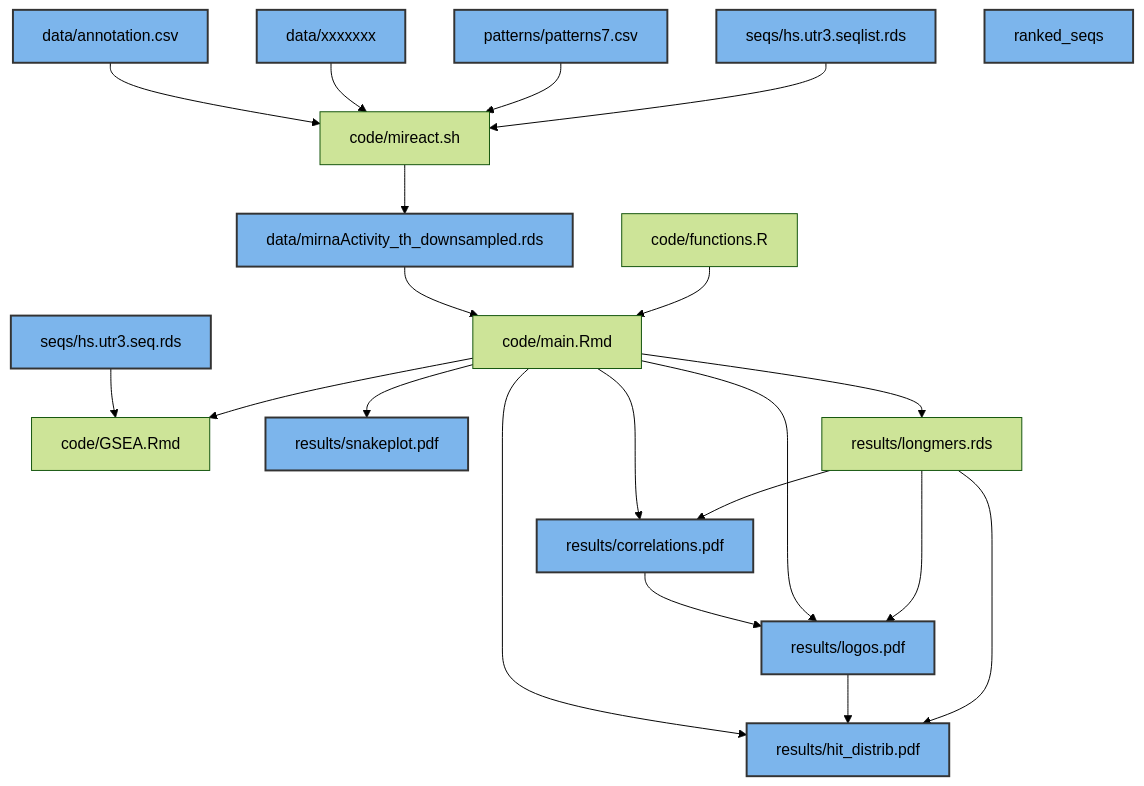
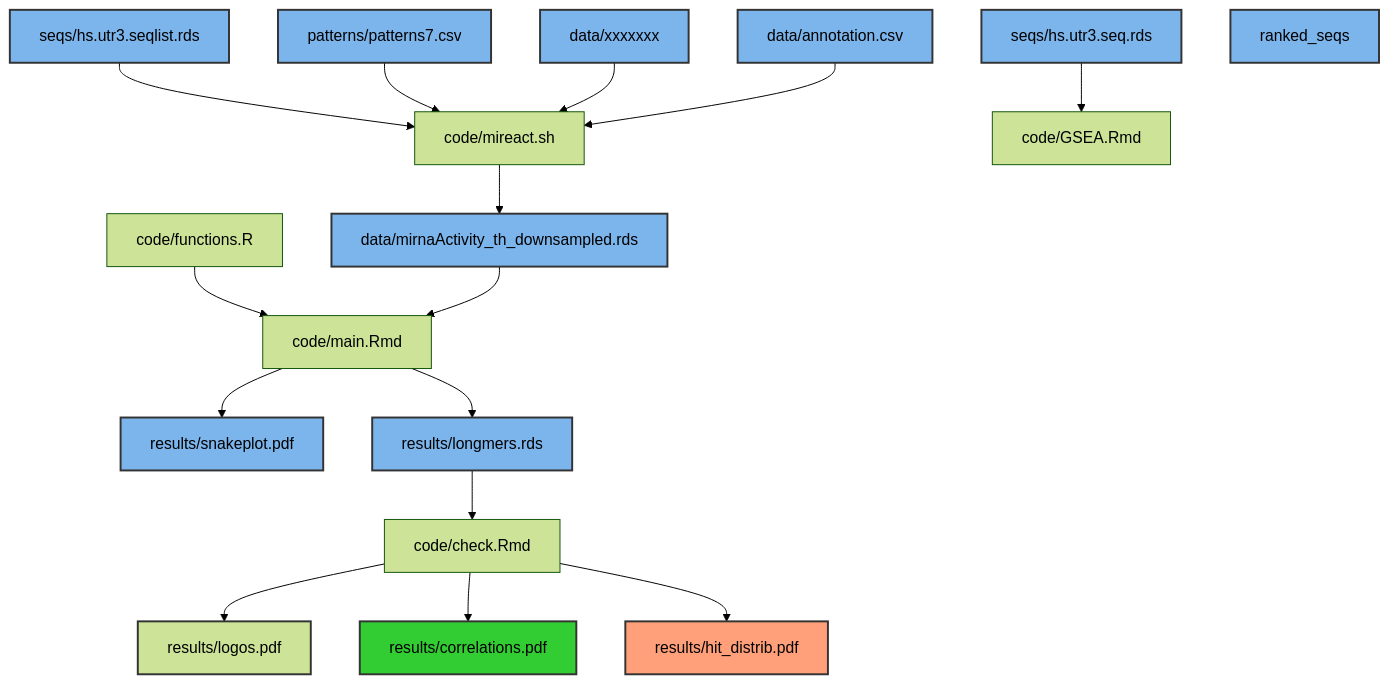
Before and after one commit to PaulaRodrigoMartin/SMLB: the diagram in README.md, drawn with Mermaid (forest theme).

````diff
--- a/README.md
+++ b/README.md
@@ -1,52 +1,49 @@
 ```mermaid
 graph TD;
     seqlist[seqs/hs.utr3.seqlist.rds]
     seqs[seqs/hs.utr3.seq.rds]
     mireact_input[data/xxxxxxx]
     miReact_output[data/mirnaActivity_th_downsampled.rds]
     7mers[patterns/patterns7.csv]
     annotation[data/annotation.csv]
     miReact[code/mireact.sh]
     functions[code/functions.R]
     main_notebook[code/main.Rmd]
+    check_notebook[code/check.Rmd]
     GSEA[code/GSEA.Rmd]
     logos[results/logos.pdf]
     corrm[results/correlations.pdf]
     distrib[results/hit_distrib.pdf]
     snakeplot[results/snakeplot.pdf]
     longmers[results/longmers.rds]
     
 
     style seqlist fill:#7cb5ec,stroke:#333,stroke-width:2px;
     style miReact_output fill:#7cb5ec,stroke:#333,stroke-width:2px;
     style 7mers fill:#7cb5ec,stroke:#333,stroke-width:2px;
     style mireact_input fill:#7cb5ec,stroke:#333,stroke-width:2px;
     style seqs fill:#7cb5ec,stroke:#333,stroke-width:2px;
     style annotation fill:#7cb5ec,stroke:#333,stroke-width:2px;
-    style logos fill:#7cb5ec,stroke:#333,stroke-width:2px;
-    style corrm fill:#7cb5ec,stroke:#333,stroke-width:2px;
-    style distrib fill:#7cb5ec,stroke:#333,stroke-width:2px;
+    style logos fill:##FFD700,stroke:#333,stroke-width:2px;
+    style corrm fill:#32CD32,stroke:#333,stroke-width:2px;
+    style distrib fill:#FFA07A,stroke:#333,stroke-width:2px;
     style ranked_seqs fill:#7cb5ec,stroke:#333,stroke-width:2px;
     style snakeplot fill:#7cb5ec,stroke:#333,stroke-width:2px;
+    style longmers fill:#7cb5ec,stroke:#333,stroke-width:2px;
 
     seqlist-->miReact
     7mers-->miReact
     mireact_input-->miReact
     annotation-->miReact
     miReact-->miReact_output
     functions-->main_notebook
     main_notebook-->longmers
-    longmers-->logos
-    longmers-->corrm
-    longmers-->distrib
-    main_notebook-->logos
-    main_notebook-->corrm
-    corrm-->logos
-    logos-->distrib
-    main_notebook-->distrib
-    main_notebook-->GSEA
+    longmers-->check_notebook
+    check_notebook-->logos
+    check_notebook-->corrm
+    check_notebook-->distrib
     seqs-->GSEA
     main_notebook--> snakeplot
     miReact_output-->main_notebook
 
 ```
````
